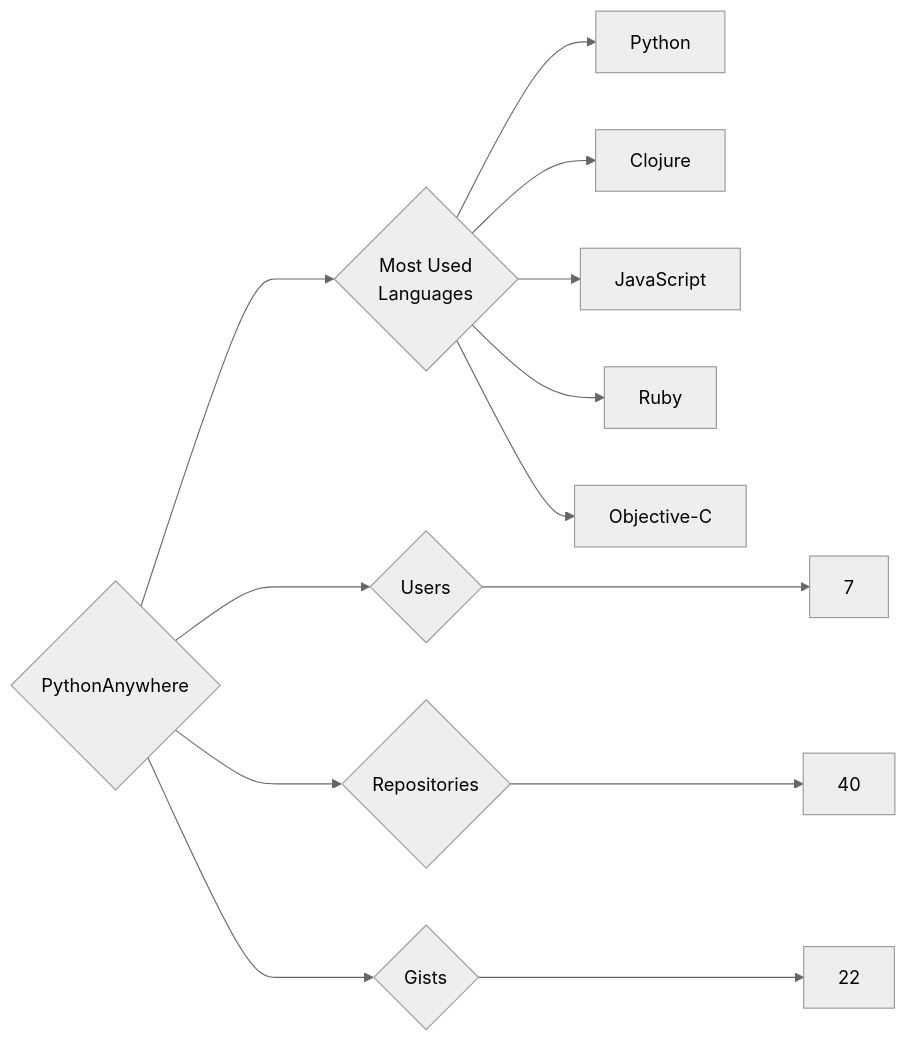
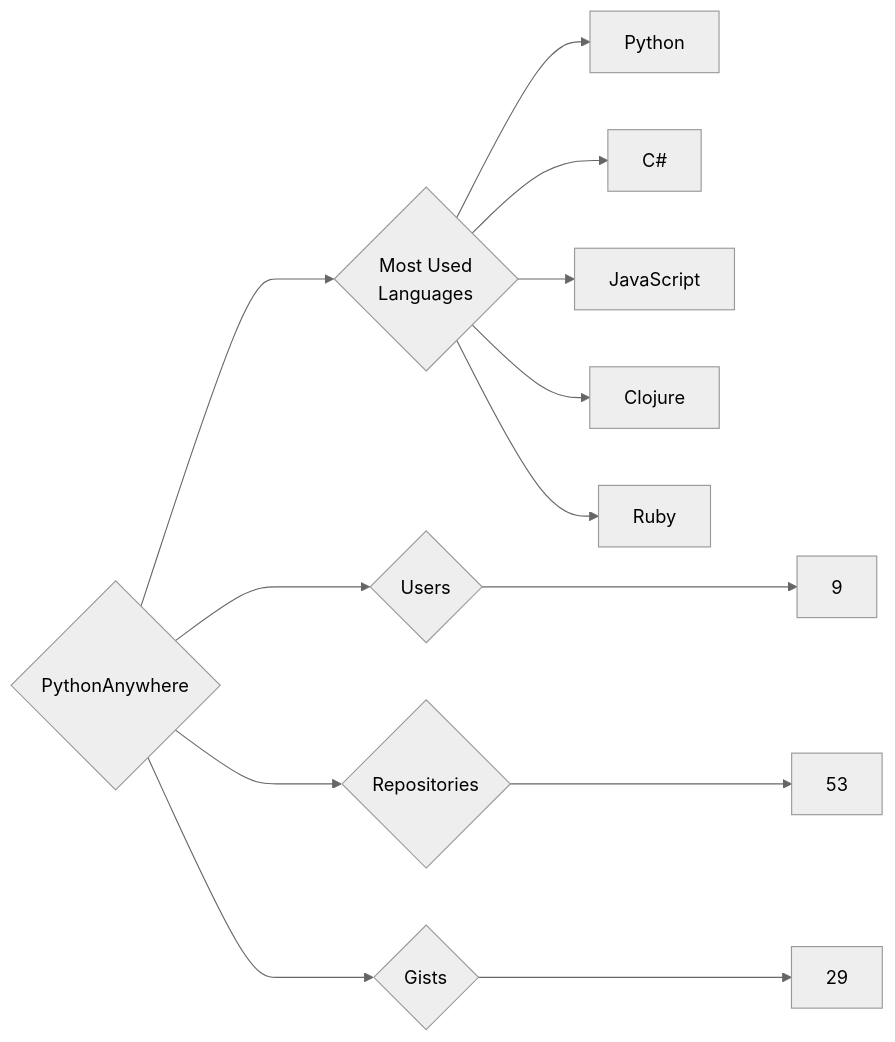
One commit to trickest/insiders changed the diagram in targets/PythonAnywhere/README.md. Above: the diagram before and after it, drawn with Mermaid (neutral theme). The commit also changed 1496 other files, not shown here.

````diff
--- a/targets/PythonAnywhere/README.md
+++ b/targets/PythonAnywhere/README.md
@@ -3,13 +3,13 @@
 ```mermaid
 graph LR
 COMPANY_NAME{PythonAnywhere}
-COMPANY_NAME ---> U{Users} ---> UN[7]
-COMPANY_NAME ---> R{Repositories} ---> RN[40]
-COMPANY_NAME ---> G{Gists} ---> GN[22]
+COMPANY_NAME ---> U{Users} ---> UN[9]
+COMPANY_NAME ---> R{Repositories} ---> RN[53]
+COMPANY_NAME ---> G{Gists} ---> GN[29]
 COMPANY_NAME ---> ML{Most Used<br>Languages}
 ML --> Python[Python]
+ML --> C#[C#]
+ML --> JavaScript[JavaScript]
 ML --> Clojure[Clojure]
-ML --> JavaScript[JavaScript]
 ML --> Ruby[Ruby]
-ML --> Objective-C[Objective-C]
 ```
````
